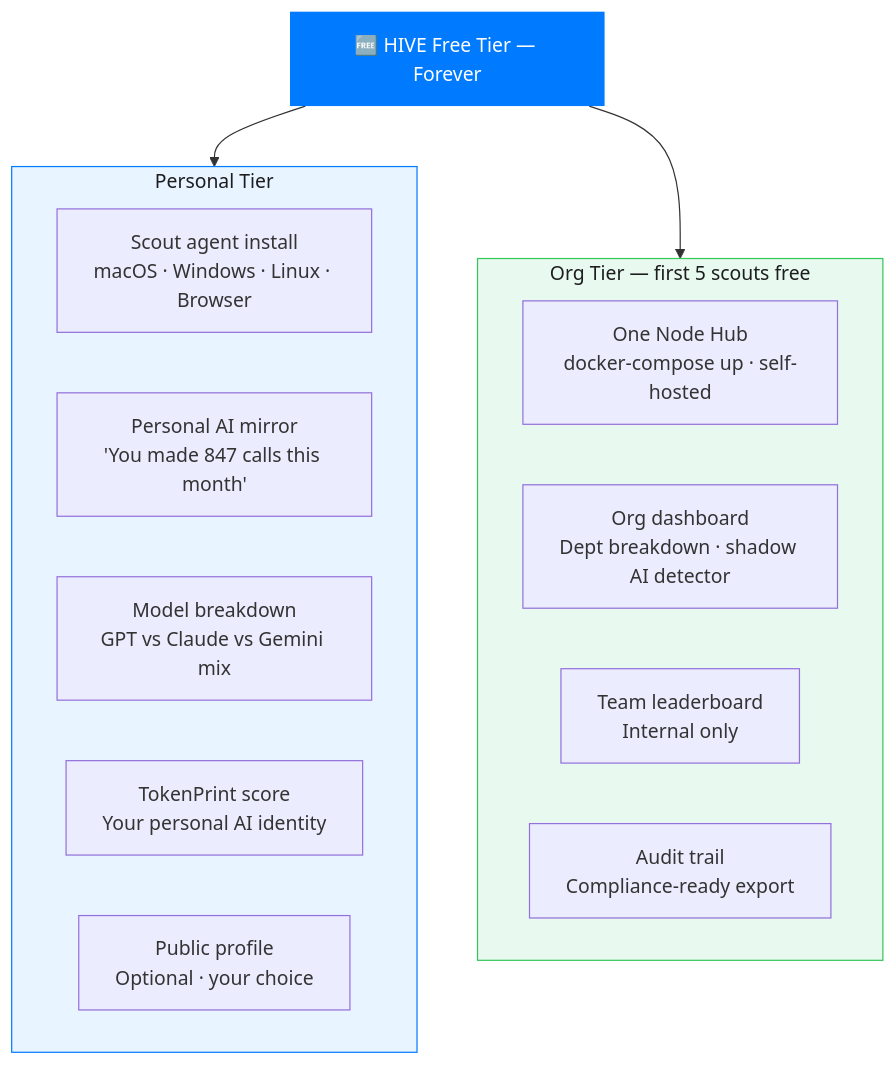
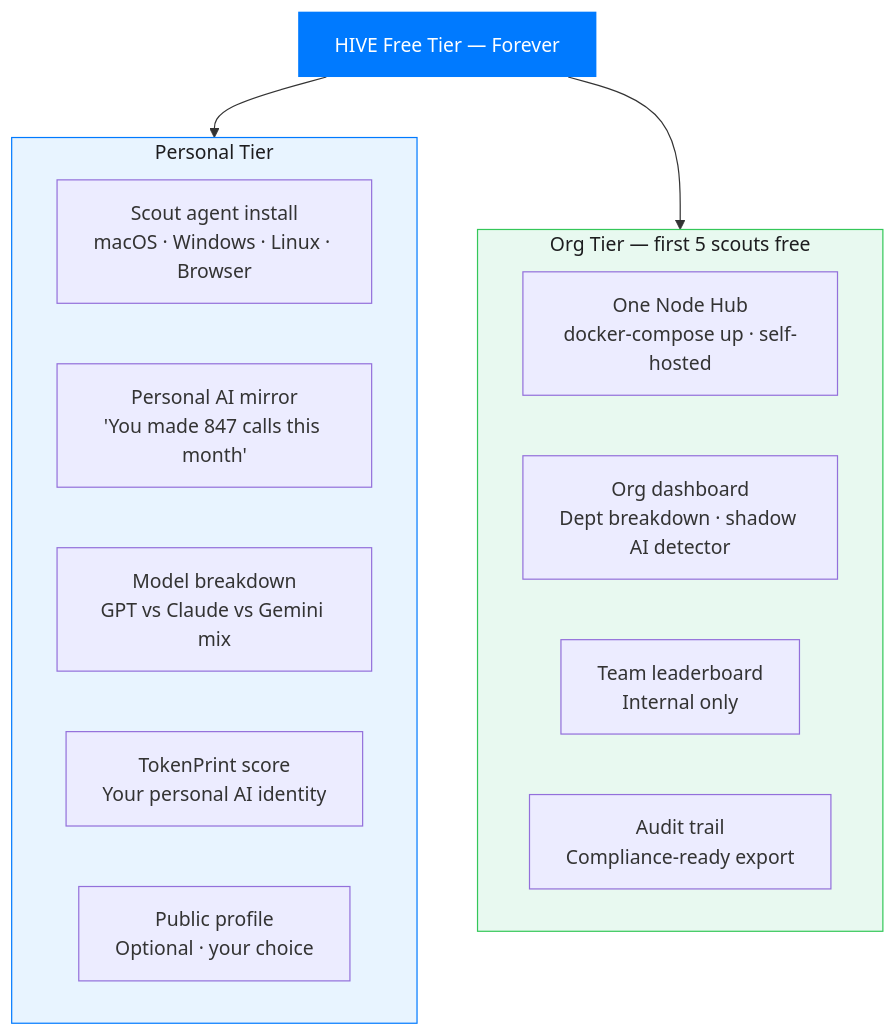
One commit to vishalm/hivehq changed the second of 9 diagrams in docs/business-model.md. Above: the diagram before and after it, drawn with Mermaid. The commit also changed other lines of this file and 6 other files, not shown here.

````diff
--- a/docs/business-model.md
+++ b/docs/business-model.md
@@ -45,26 +45,26 @@
 ```mermaid
 graph TD
-    FREE["🆓 HIVE Free Tier — Forever"]
+    FREE["HIVE Free Tier — Forever"]
 
     subgraph PERSONAL_FREE ["Personal Tier"]
         PF1["Scout agent install\nmacOS · Windows · Linux · Browser"]
         PF2["Personal AI mirror\n'You made 847 calls this month'"]
         PF3["Model breakdown\nGPT vs Claude vs Gemini mix"]
         PF4["TokenPrint score\nYour personal AI identity"]
         PF5["Public profile\nOptional · your choice"]
     end
 
     subgraph ORG_FREE ["Org Tier — first 5 scouts free"]
         OF1["One Node Hub\ndocker-compose up · self-hosted"]
         OF2["Org dashboard\nDept breakdown · shadow AI detector"]
         OF3["Team leaderboard\nInternal only"]
         OF4["Audit trail\nCompliance-ready export"]
     end
 
     FREE --> PERSONAL_FREE
     FREE --> ORG_FREE
 
     style FREE fill:#007AFF,color:#fff,stroke:none
     style PERSONAL_FREE fill:#E8F4FF,stroke:#007AFF,color:#1D1D1F
     style ORG_FREE fill:#E8F9F0,stroke:#34C759,color:#1D1D1F
 ```
````
